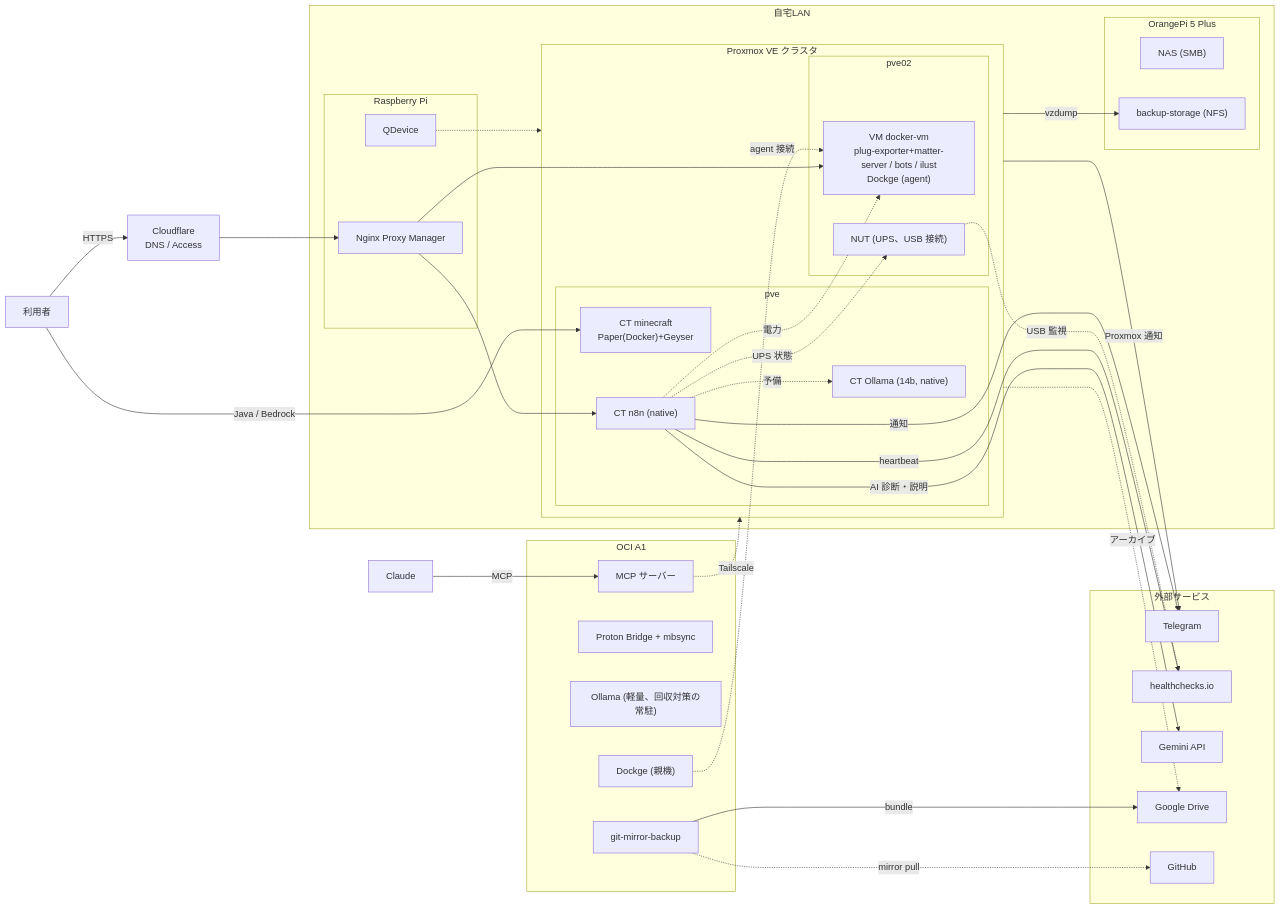
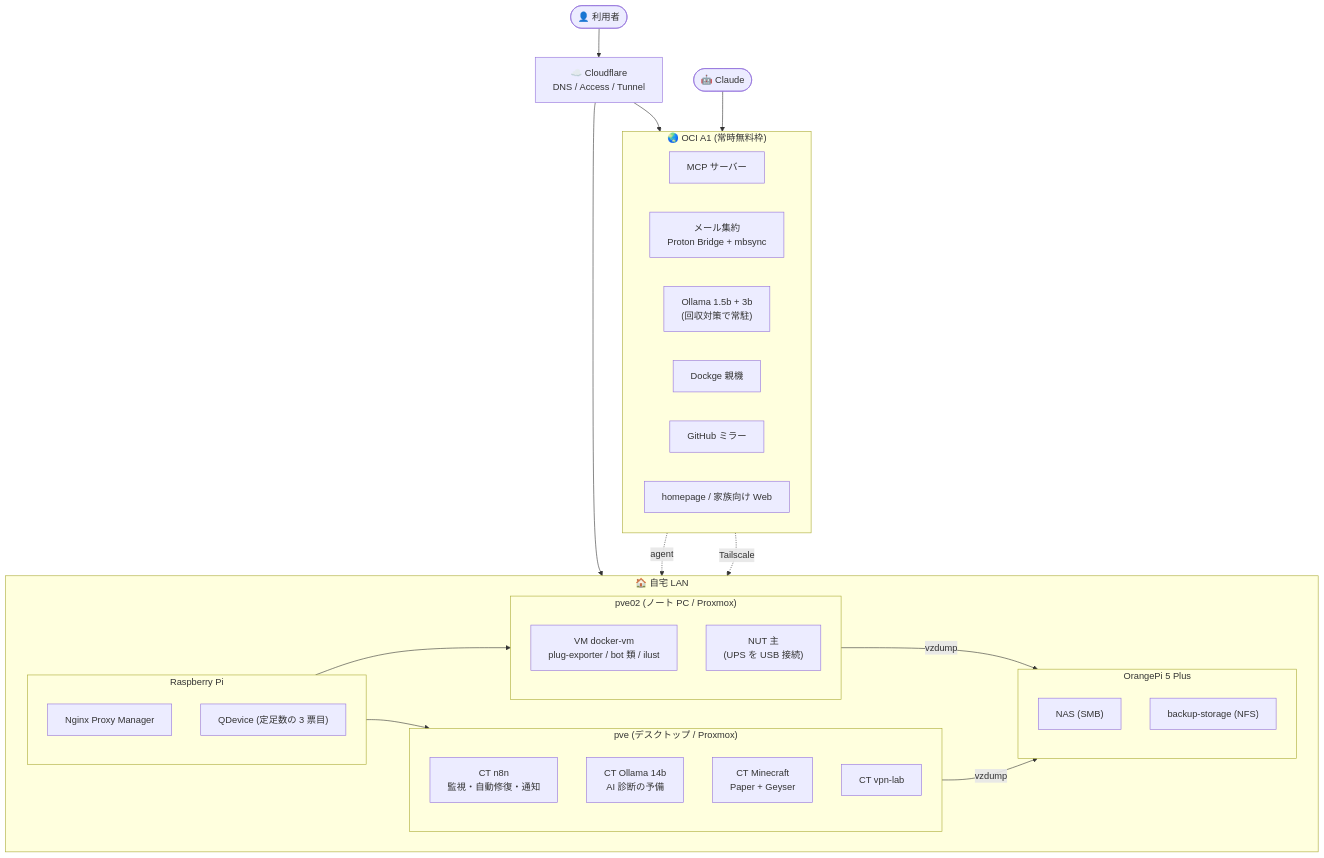
Before and after one commit to Leucophyllous/homelab: the first of 4 diagrams in README.md, drawn with Mermaid. The commit also changed other lines of this file, not shown here.

First line of the commit message:
README: 構成図を全体・通信経路・バックアップ・監視の4枚に分割して詳細化、A1/Dockge/監視/退避方針の記述を現状に更新

````diff
--- a/README.md
+++ b/README.md
@@ -12,63 +14,54 @@
 ```mermaid
-flowchart LR
-  user["利用者"] -->|HTTPS| cf["Cloudflare<br>DNS / Access"]
-  user -->|Java / Bedrock| mc
-  claude["Claude"] -->|MCP| mcp
+flowchart TB
+  user(["👤 利用者"])
+  claude(["🤖 Claude"])
+  cf["☁️ Cloudflare<br>DNS / Access / Tunnel"]
 
-  subgraph home["自宅LAN"]
+  subgraph home["🏠 自宅 LAN"]
+    direction LR
     subgraph pi["Raspberry Pi"]
+      direction TB
       npm["Nginx Proxy Manager"]
-      qd["QDevice"]
+      qd["QDevice (定足数の 3 票目)"]
     end
-    subgraph cluster["Proxmox VE クラスタ"]
-      subgraph pve["pve"]
-        n8n["CT n8n (native)"]
-        oll2["CT Ollama (14b, native)"]
-        mc["CT minecraft<br>Paper(Docker)+Geyser"]
-      end
-      subgraph pve02["pve02"]
-        dvm["VM docker-vm<br>plug-exporter+matter-server / bots / ilust<br>Dockge (agent)"]
-        nut["NUT (UPS、USB 接続)"]
-      end
+    subgraph pve["pve (デスクトップ / Proxmox)"]
+      direction TB
+      n8n["CT n8n<br>監視・自動修復・通知"]
+      oll2["CT Ollama 14b<br>AI 診断の予備"]
+      mc["CT Minecraft<br>Paper + Geyser"]
+      vpn["CT vpn-lab"]
+    end
+    subgraph pve02["pve02 (ノート PC / Proxmox)"]
+      direction TB
+      dvm["VM docker-vm<br>plug-exporter / bot 類 / ilust"]
+      nut["NUT 主<br>(UPS を USB 接続)"]
     end
     subgraph opi["OrangePi 5 Plus"]
+      direction TB
       nas["NAS (SMB)"]
       bs["backup-storage (NFS)"]
     end
   end
 
-  subgraph oci["OCI A1"]
+  subgraph oci["🌏 OCI A1 (常時無料枠)"]
+    direction LR
     mcp["MCP サーバー"]
-    mail["Proton Bridge + mbsync"]
-    oll["Ollama (軽量、回収対策の常駐)"]
-    dockge["Dockge (親機)"]
-    gm["git-mirror-backup"]
+    mail["メール集約<br>Proton Bridge + mbsync"]
+    oll["Ollama 1.5b + 3b<br>(回収対策で常駐)"]
+    dk["Dockge 親機"]
+    gm["GitHub ミラー"]
+    hp["homepage / 家族向け Web"]
   end
 
-  subgraph saas["外部サービス"]
-    tg["Telegram"]
-    hc["healthchecks.io"]
-    gem["Gemini API"]
-    gd["Google Drive"]
-    gh["GitHub"]
-  end
-
+  user --> cf
   cf --> npm
+  cf --> hp
+  claude --> mcp
+  npm --> n8n
   npm --> dvm
-  npm --> n8n
-  qd -.-> cluster
-  cluster -->|vzdump| bs
-  n8n -->|通知| tg
-  n8n -.->|UPS 状態| nut
-  n8n -.->|電力| dvm
-  cluster -->|Proxmox 通知| tg
-  n8n -->|AI 診断・説明| gem
-  n8n -.->|予備| oll2
-  n8n -->|heartbeat| hc
-  nut -.->|USB 監視| hc
-  gm -->|bundle| gd
-  gm -.->|mirror pull| gh
-  cluster -.->|アーカイブ| gd
-  dockge -.->|agent 接続| dvm
-  mcp -.->|Tailscale| cluster
+  pve -->|vzdump| bs
+  pve02 -->|vzdump| bs
+  dk -.->|agent| dvm
+  mcp -.->|Tailscale| pve
+  pi ~~~ pve
 ```
````
